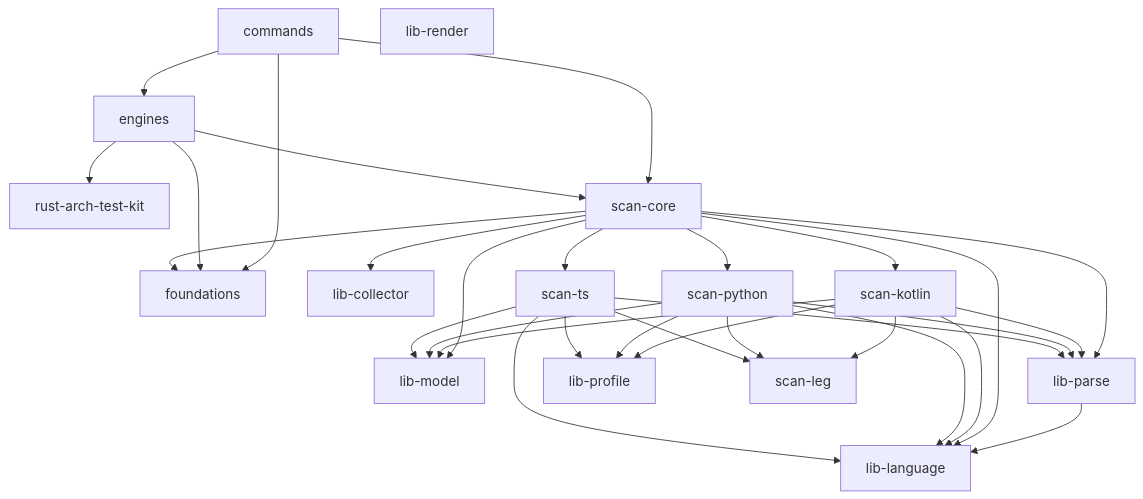
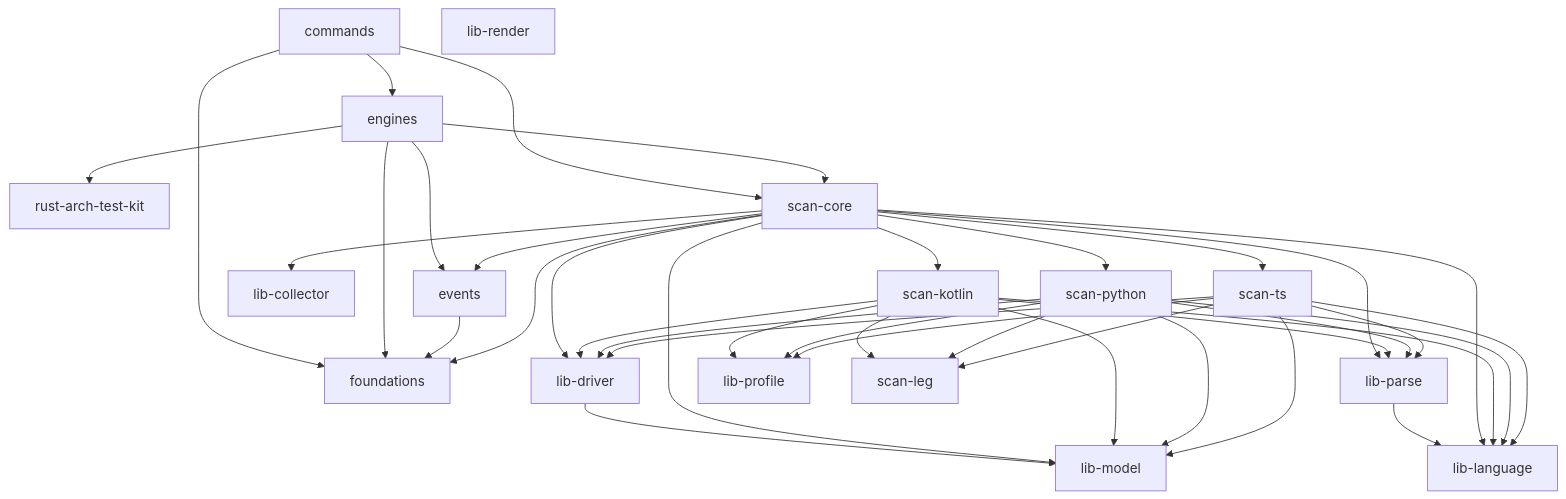
The diagram in docs/archspec/diagram.mmd (mateuszwrobel/archspec), drawn with Mermaid before and after one commit. The commit also changed 146 other files, not shown here.

```diff
--- a/docs/archspec/diagram.mmd
+++ b/docs/archspec/diagram.mmd
@@ -1,46 +1,56 @@
 graph TD
   commands
   engines
+  events
   foundations
   lib_collector_f6e3372d["lib-collector"]
+  lib_driver_1672d6d9["lib-driver"]
   lib_language_a19b45bf["lib-language"]
   lib_model_2c8e5d4c["lib-model"]
   lib_parse_bdb7bf31["lib-parse"]
   lib_profile_a1652a73["lib-profile"]
   lib_render_e7a72dae["lib-render"]
   rust_arch_test_kit_35b16f27["rust-arch-test-kit"]
   scan_core_15ce7974["scan-core"]
   scan_kotlin_bbaecaa3["scan-kotlin"]
   scan_leg_9104ed81["scan-leg"]
   scan_python_3afe26b9["scan-python"]
   scan_ts_333931d0["scan-ts"]
   commands --> engines
   commands --> foundations
   commands --> scan_core_15ce7974
+  engines --> events
   engines --> foundations
   engines --> rust_arch_test_kit_35b16f27
   engines --> scan_core_15ce7974
+  events --> foundations
+  lib_driver_1672d6d9 --> lib_model_2c8e5d4c
   lib_parse_bdb7bf31 --> lib_language_a19b45bf
+  scan_core_15ce7974 --> events
   scan_core_15ce7974 --> foundations
   scan_core_15ce7974 --> lib_collector_f6e3372d
+  scan_core_15ce7974 --> lib_driver_1672d6d9
   scan_core_15ce7974 --> lib_language_a19b45bf
   scan_core_15ce7974 --> lib_model_2c8e5d4c
   scan_core_15ce7974 --> lib_parse_bdb7bf31
   scan_core_15ce7974 --> scan_kotlin_bbaecaa3
   scan_core_15ce7974 --> scan_python_3afe26b9
   scan_core_15ce7974 --> scan_ts_333931d0
+  scan_kotlin_bbaecaa3 --> lib_driver_1672d6d9
   scan_kotlin_bbaecaa3 --> lib_language_a19b45bf
   scan_kotlin_bbaecaa3 --> lib_model_2c8e5d4c
   scan_kotlin_bbaecaa3 --> lib_parse_bdb7bf31
   scan_kotlin_bbaecaa3 --> lib_profile_a1652a73
   scan_kotlin_bbaecaa3 --> scan_leg_9104ed81
+  scan_python_3afe26b9 --> lib_driver_1672d6d9
   scan_python_3afe26b9 --> lib_language_a19b45bf
   scan_python_3afe26b9 --> lib_model_2c8e5d4c
   scan_python_3afe26b9 --> lib_parse_bdb7bf31
   scan_python_3afe26b9 --> lib_profile_a1652a73
   scan_python_3afe26b9 --> scan_leg_9104ed81
+  scan_ts_333931d0 --> lib_driver_1672d6d9
   scan_ts_333931d0 --> lib_language_a19b45bf
   scan_ts_333931d0 --> lib_model_2c8e5d4c
   scan_ts_333931d0 --> lib_parse_bdb7bf31
   scan_ts_333931d0 --> lib_profile_a1652a73
   scan_ts_333931d0 --> scan_leg_9104ed81
```
